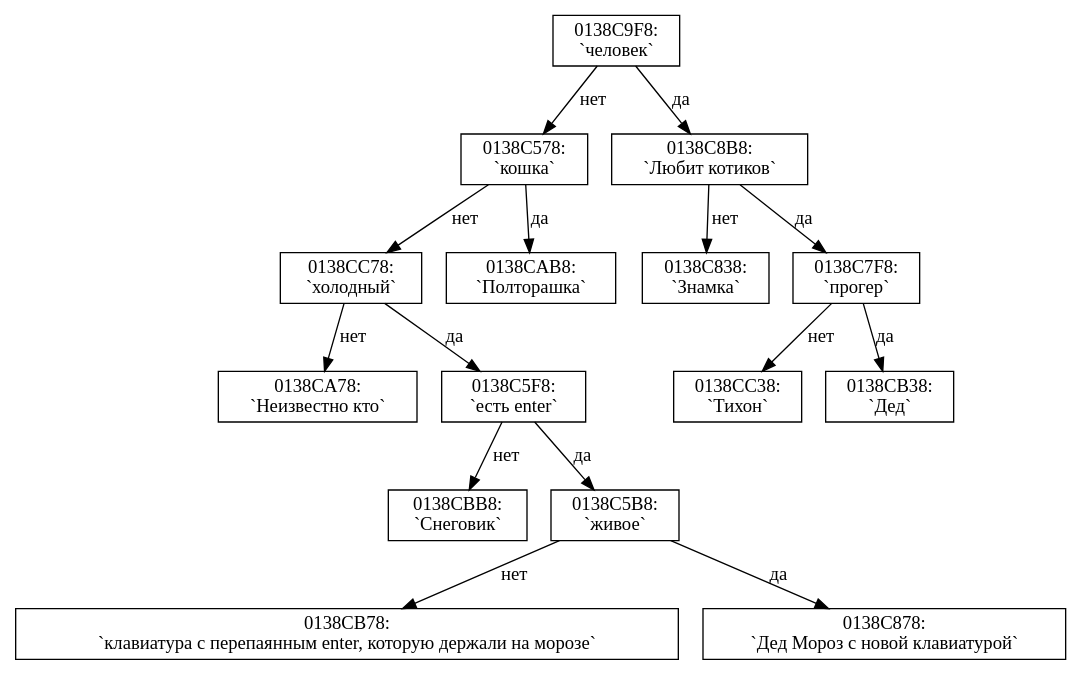
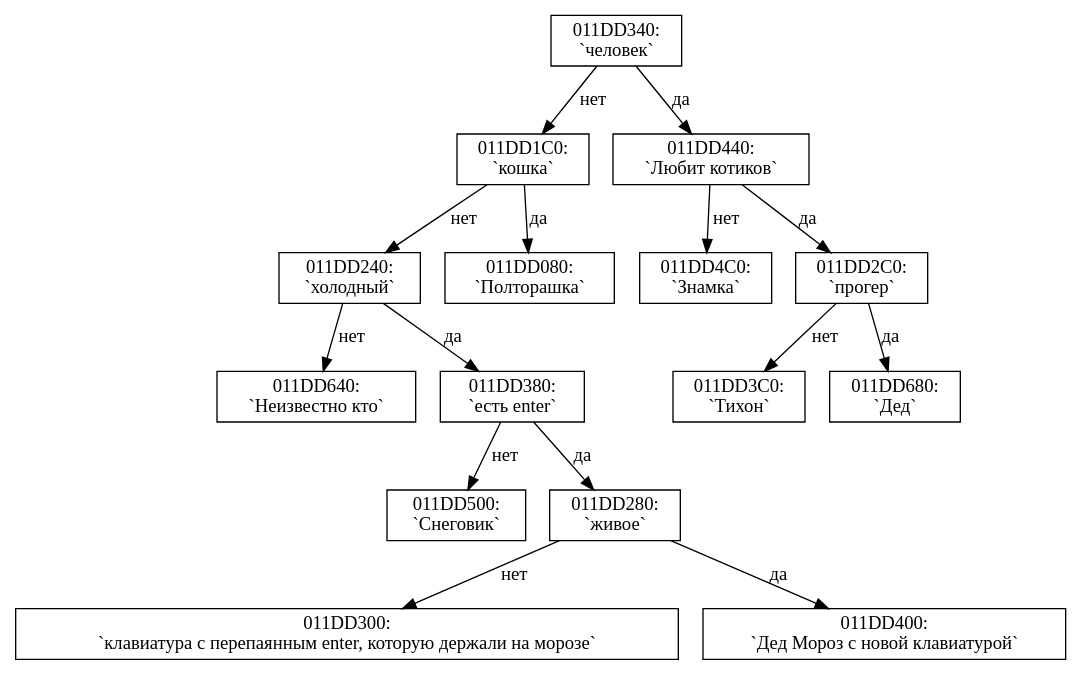
One commit to AndreyVV-100/Akinator changed the diagram in Graph/outUTF.dot. Above: the diagram before and after it, drawn with Graphviz. The commit also changed 5 other files, not shown here.

```diff
--- a/Graph/outUTF.dot
+++ b/Graph/outUTF.dot
@@ -1,19 +1,19 @@
 digraph G{
 rankdir = HR;
  node[shape=box];
-"0138C9F8:\n `человек`";
-"0138C9F8:\n `человек`" -> "0138C578:\n `кошка`" [label = "нет"]
-;"0138C578:\n `кошка`" -> "0138CC78:\n `холодный`" [label = "нет"]
-;"0138CC78:\n `холодный`" -> "0138CA78:\n `Неизвестно кто`" [label = "нет"]
-;"0138CC78:\n `холодный`" -> "0138C5F8:\n `есть enter`" [label = "да"]
-;"0138C5F8:\n `есть enter`" -> "0138CBB8:\n `Снеговик`" [label = "нет"]
-;"0138C5F8:\n `есть enter`" -> "0138C5B8:\n `живое`" [label = "да"]
-;"0138C5B8:\n `живое`" -> "0138CB78:\n `клавиатура с перепаянным enter, которую держали на морозе`" [label = "нет"]
-;"0138C5B8:\n `живое`" -> "0138C878:\n `Дед Мороз с новой клавиатурой`" [label = "да"]
-;"0138C578:\n `кошка`" -> "0138CAB8:\n `Полторашка`" [label = "да"]
-;"0138C9F8:\n `человек`" -> "0138C8B8:\n `Любит котиков`" [label = "да"]
-;"0138C8B8:\n `Любит котиков`" -> "0138C838:\n `Знамка`" [label = "нет"]
-;"0138C8B8:\n `Любит котиков`" -> "0138C7F8:\n `прогер`" [label = "да"]
-;"0138C7F8:\n `прогер`" -> "0138CC38:\n `Тихон`" [label = "нет"]
-;"0138C7F8:\n `прогер`" -> "0138CB38:\n `Дед`" [label = "да"]
+"011DD340:\n `человек`";
+"011DD340:\n `человек`" -> "011DD1C0:\n `кошка`" [label = "нет"]
+;"011DD1C0:\n `кошка`" -> "011DD240:\n `холодный`" [label = "нет"]
+;"011DD240:\n `холодный`" -> "011DD640:\n `Неизвестно кто`" [label = "нет"]
+;"011DD240:\n `холодный`" -> "011DD380:\n `есть enter`" [label = "да"]
+;"011DD380:\n `есть enter`" -> "011DD500:\n `Снеговик`" [label = "нет"]
+;"011DD380:\n `есть enter`" -> "011DD280:\n `живое`" [label = "да"]
+;"011DD280:\n `живое`" -> "011DD300:\n `клавиатура с перепаянным enter, которую держали на морозе`" [label = "нет"]
+;"011DD280:\n `живое`" -> "011DD400:\n `Дед Мороз с новой клавиатурой`" [label = "да"]
+;"011DD1C0:\n `кошка`" -> "011DD080:\n `Полторашка`" [label = "да"]
+;"011DD340:\n `человек`" -> "011DD440:\n `Любит котиков`" [label = "да"]
+;"011DD440:\n `Любит котиков`" -> "011DD4C0:\n `Знамка`" [label = "нет"]
+;"011DD440:\n `Любит котиков`" -> "011DD2C0:\n `прогер`" [label = "да"]
+;"011DD2C0:\n `прогер`" -> "011DD3C0:\n `Тихон`" [label = "нет"]
+;"011DD2C0:\n `прогер`" -> "011DD680:\n `Дед`" [label = "да"]
 ;}
```
